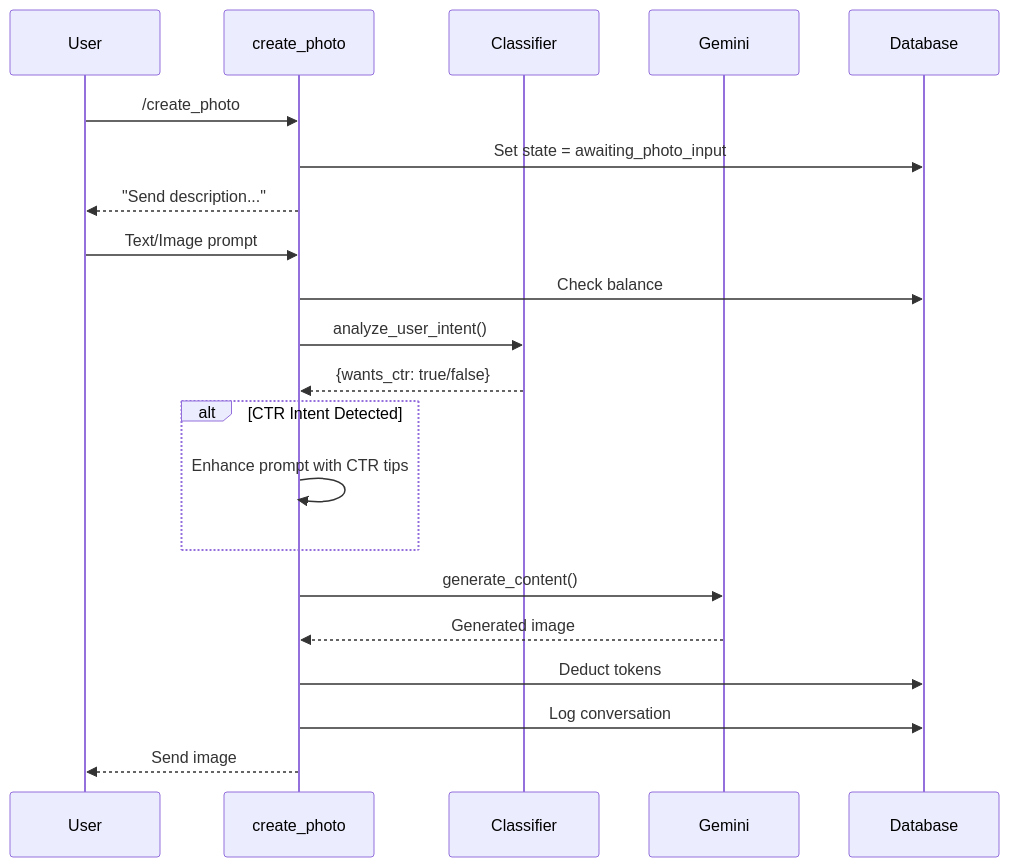
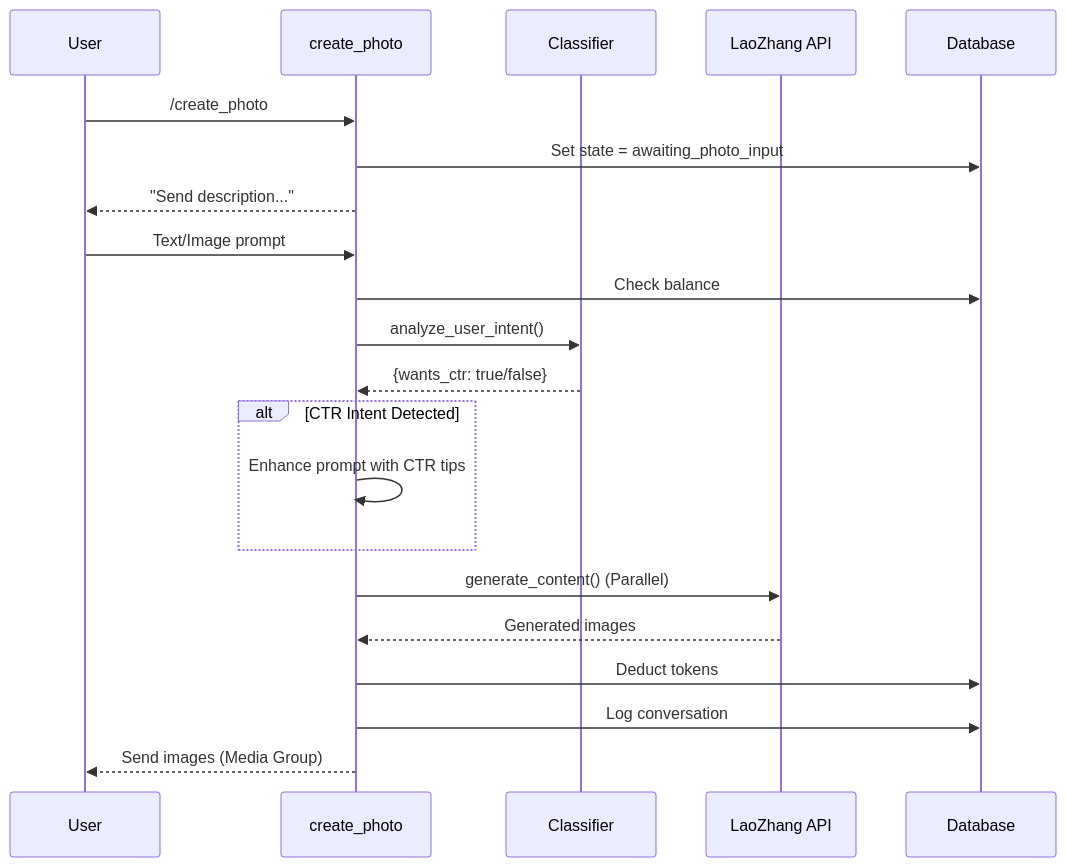
The second of 4 diagrams in docs/architecture.md (parrottizing/nano_banana_bot), drawn with Mermaid before and after one commit. The commit also changed other lines of this file and 3 other files, not shown here.

````diff
--- a/docs/architecture.md
+++ b/docs/architecture.md
@@ -88,28 +90,28 @@
 ```mermaid
 sequenceDiagram
     participant U as User
     participant H as create_photo
     participant C as Classifier
-    participant G as Gemini
+    participant G as LaoZhang API
     participant DB as Database
 
     U->>H: /create_photo
     H->>DB: Set state = awaiting_photo_input
     H-->>U: "Send description..."
     
     U->>H: Text/Image prompt
     H->>DB: Check balance
     H->>C: analyze_user_intent()
     C-->>H: {wants_ctr: true/false}
     
     alt CTR Intent Detected
         H->>H: Enhance prompt with CTR tips
     end
     
-    H->>G: generate_content()
-    G-->>H: Generated image
+    H->>G: generate_content() (Parallel)
+    G-->>H: Generated images
     
     H->>DB: Deduct tokens
     H->>DB: Log conversation
-    H-->>U: Send image
+    H-->>U: Send images (Media Group)
 ```
````
